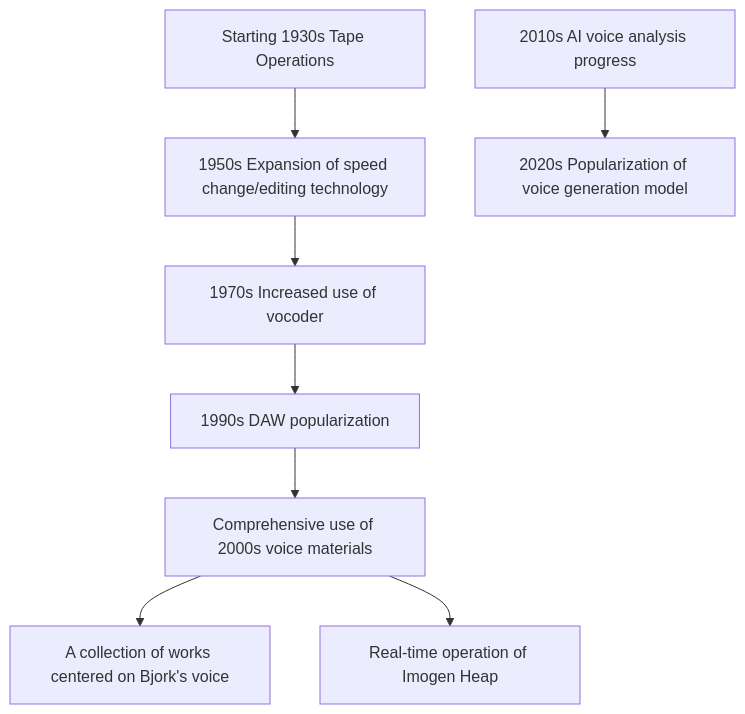
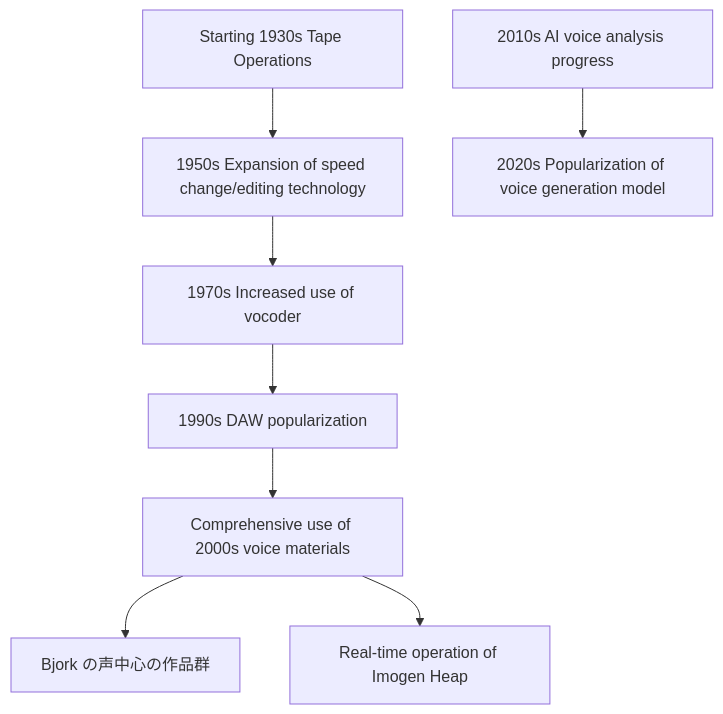
The second of 2 diagrams in en/_posts/2025-12-10-column-experimental-vocal-voice-manipulation.md (monumental-movement/monumental-movement.github.io), drawn with Mermaid before and after one commit. The commit also changed other lines of this file and 1012 other files, not shown here.

```diff
--- a/en/_posts/2025-12-10-column-experimental-vocal-voice-manipulation.md
+++ b/en/_posts/2025-12-10-column-experimental-vocal-voice-manipulation.md
@@ -177,10 +177,10 @@
 <div class="mermaid">
 flowchart TD
     A["Starting 1930s Tape Operations"] --> B["1950s Expansion of speed change/editing technology"]
     B --> C["1970s Increased use of vocoder"]
     C --> D["1990s DAW popularization"]
     D --> E["Comprehensive use of 2000s voice materials"]
-    E --> F["A collection of works centered on Bjork's voice"]
+    E --> F["Bjork の声中心の作品群"]
     E --> G["Real-time operation of Imogen Heap"]
     H["2010s AI voice analysis progress"] --> I["2020s Popularization of voice generation model"]
 </div>
```
